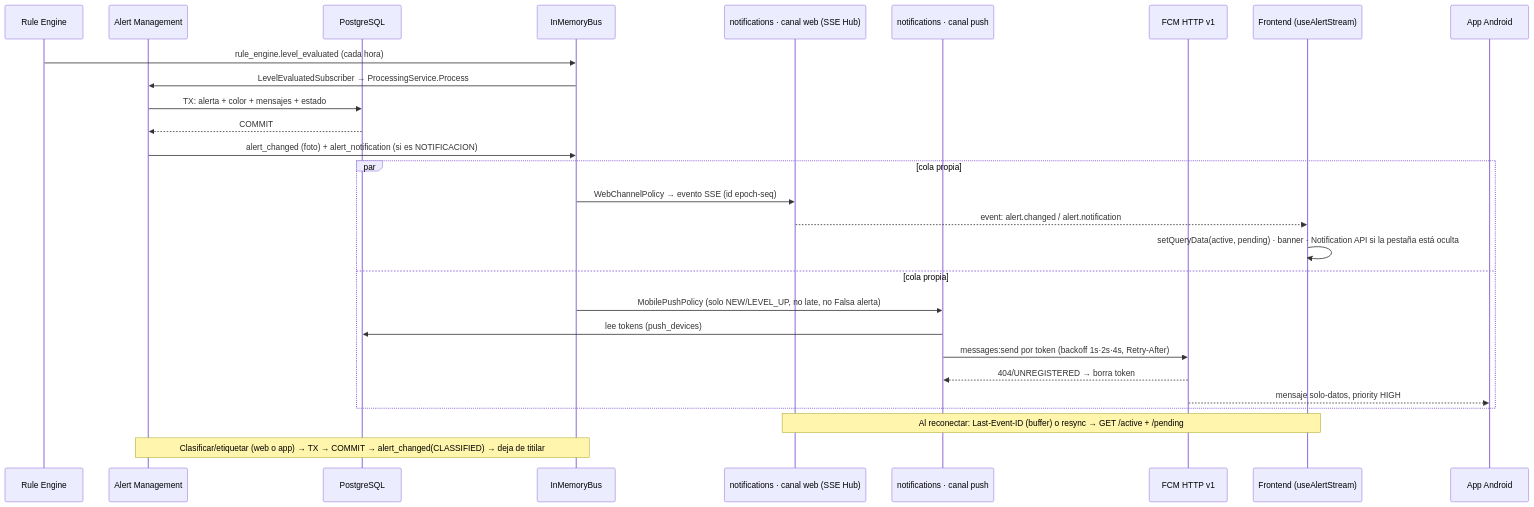
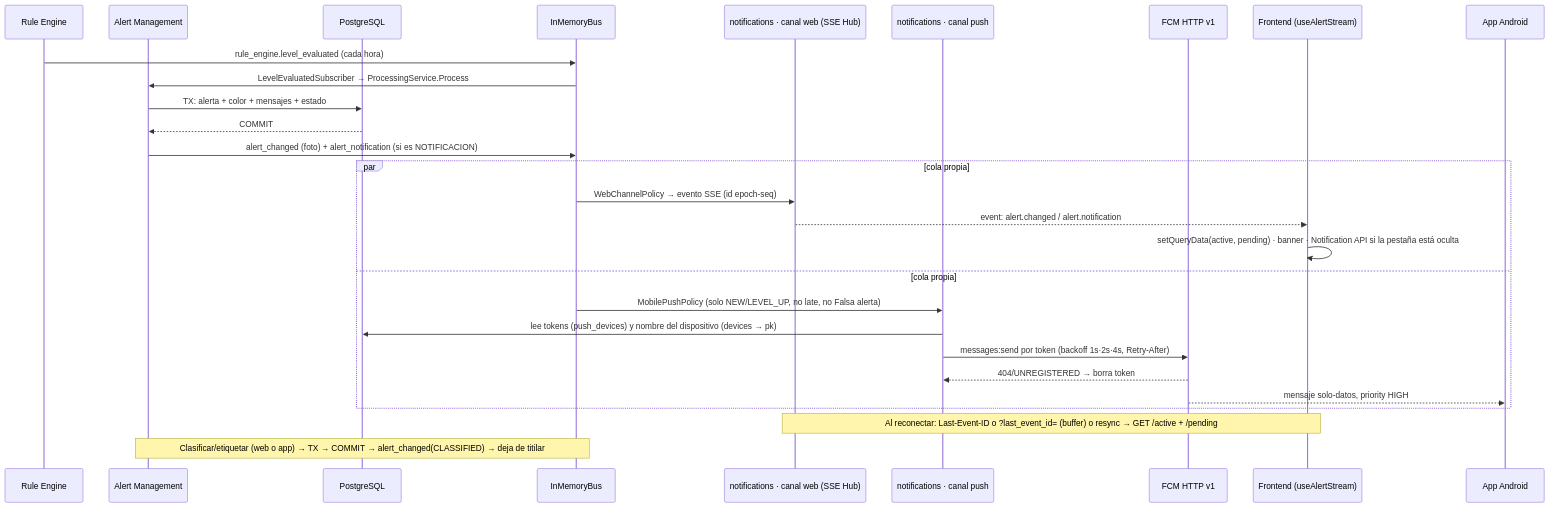
The diagram in docs/PLAN.md (juanserealpe/agatha-platform), drawn with Mermaid before and after one commit. The commit also changed other lines of this file and 4 other files, not shown here.

````diff
--- a/docs/PLAN.md
+++ b/docs/PLAN.md
@@ -162,31 +206,31 @@
 ```mermaid
 sequenceDiagram
     participant RE as Rule Engine
     participant AM as Alert Management
     participant DB as PostgreSQL
     participant BUS as InMemoryBus
     participant WEB as notifications · canal web (SSE Hub)
     participant PUSH as notifications · canal push
     participant FCM as FCM HTTP v1
     participant FE as Frontend (useAlertStream)
     participant APP as App Android
 
     RE->>BUS: rule_engine.level_evaluated (cada hora)
     BUS->>AM: LevelEvaluatedSubscriber → ProcessingService.Process
     AM->>DB: TX: alerta + color + mensajes + estado
     DB-->>AM: COMMIT
     AM->>BUS: alert_changed (foto) + alert_notification (si es NOTIFICACION)
     par cola propia
         BUS->>WEB: WebChannelPolicy → evento SSE (id epoch-seq)
         WEB-->>FE: event: alert.changed / alert.notification
         FE->>FE: setQueryData(active, pending) · banner · Notification API si la pestaña está oculta
     and cola propia
         BUS->>PUSH: MobilePushPolicy (solo NEW/LEVEL_UP, no late, no Falsa alerta)
-        PUSH->>DB: lee tokens (push_devices)
+        PUSH->>DB: lee tokens (push_devices) y nombre del dispositivo (devices → pk)
         PUSH->>FCM: messages:send por token (backoff 1s·2s·4s, Retry-After)
         FCM-->>PUSH: 404/UNREGISTERED → borra token
         FCM-->>APP: mensaje solo-datos, priority HIGH
     end
-    Note over FE,WEB: Al reconectar: Last-Event-ID (buffer) o resync → GET /active + /pending
+    Note over FE,WEB: Al reconectar: Last-Event-ID o ?last_event_id= (buffer) o resync → GET /active + /pending
     Note over AM,BUS: Clasificar/etiquetar (web o app) → TX → COMMIT → alert_changed(CLASSIFIED) → deja de titilar
 ```
````
